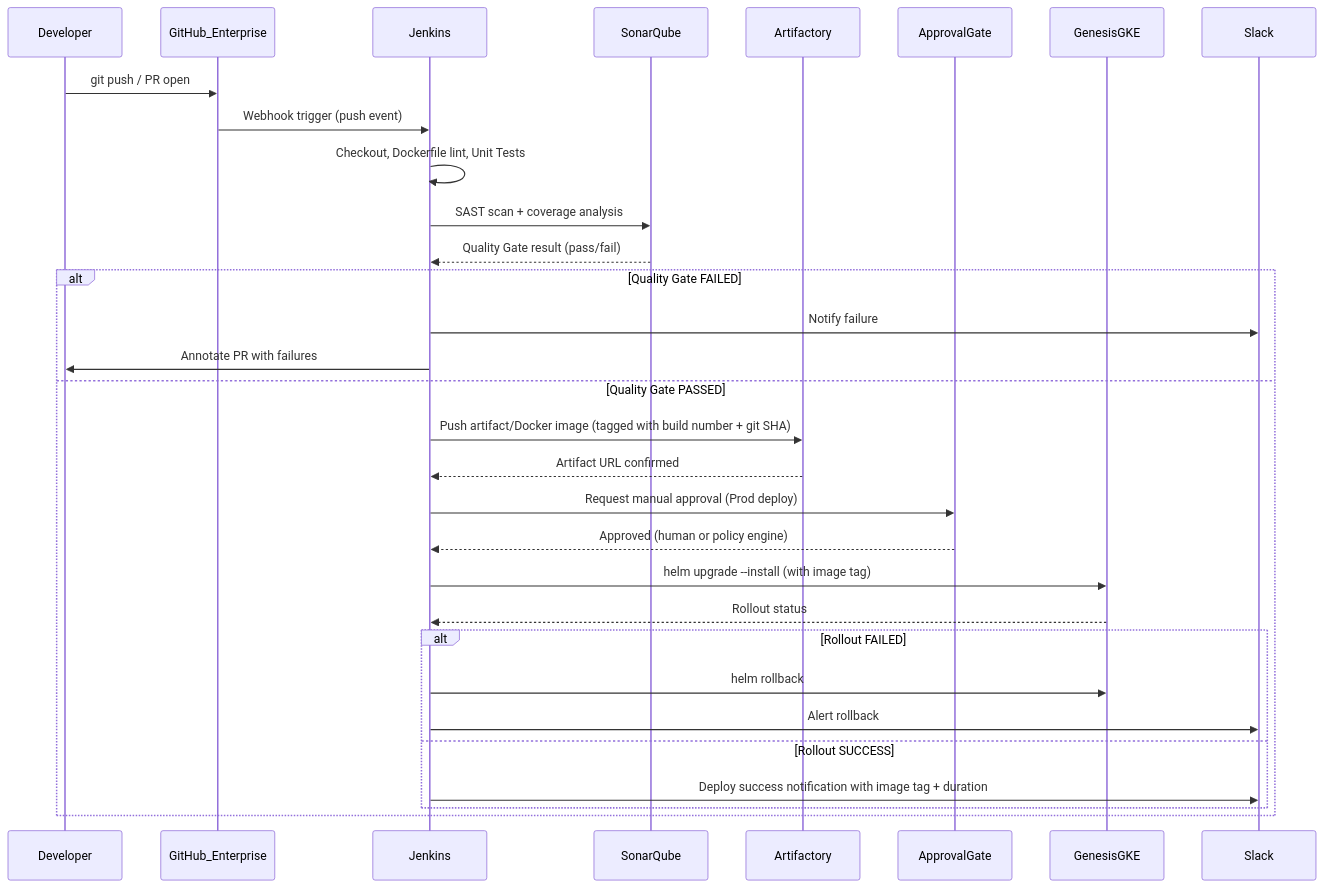
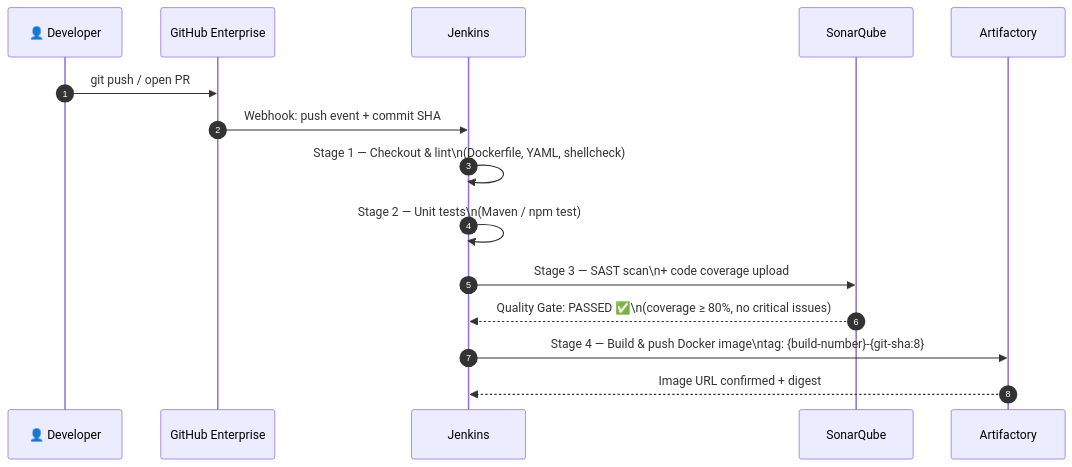
Before and after one commit to AravindKumarjoshi/devops-platform: the eighth of 16 diagrams in mkdocs-devops-platform/docs/architecture-diagrams.md, drawn with Mermaid. The commit also changed other lines of this file and 6 other files, not shown here.

First line of the commit message:
docs: enlarge diagrams + add explanations for all manifests and scripts

````diff
--- a/mkdocs-devops-platform/docs/architecture-diagrams.md
+++ b/mkdocs-devops-platform/docs/architecture-diagrams.md
@@ -146,36 +264,18 @@
-```mermaid
-sequenceDiagram
-    participant Developer
-    participant GitHub_Enterprise
-    participant Jenkins
-    participant SonarQube
-    participant Artifactory
-    participant ApprovalGate
-    participant GenesisGKE
-    participant Slack
+    ```mermaid
+    sequenceDiagram
+        autonumber
+        participant Dev as 👤 Developer
+        participant GH as GitHub Enterprise
+        participant JK as Jenkins
+        participant SQ as SonarQube
+        participant ART as Artifactory
 
-    Developer->>GitHub_Enterprise: git push / PR open
-    GitHub_Enterprise->>Jenkins: Webhook trigger (push event)
-    Jenkins->>Jenkins: Checkout, Dockerfile lint, Unit Tests
-    Jenkins->>SonarQube: SAST scan + coverage analysis
-    SonarQube-->>Jenkins: Quality Gate result (pass/fail)
-    
-    alt Quality Gate FAILED
-        Jenkins->>Slack: Notify failure
-        Jenkins->>Developer: Annotate PR with failures
-    else Quality Gate PASSED
-        Jenkins->>Artifactory: Push artifact/Docker image (tagged with build number + git SHA)
-        Artifactory-->>Jenkins: Artifact URL confirmed
-        Jenkins->>ApprovalGate: Request manual approval (Prod deploy)
-        ApprovalGate-->>Jenkins: Approved (human or policy engine)
-        Jenkins->>GenesisGKE: helm upgrade --install (with image tag)
-        GenesisGKE-->>Jenkins: Rollout status
-        
-        alt Rollout FAILED
-            Jenkins->>GenesisGKE: helm rollback
-            Jenkins->>Slack: Alert rollback
-        else Rollout SUCCESS
-            Jenkins->>Slack: Deploy success notification with image tag + duration
-        end
-    end
-```
+        Dev->>GH: git push / open PR
+        GH->>JK: Webhook: push event + commit SHA
+        JK->>JK: Stage 1 — Checkout & lint\n(Dockerfile, YAML, shellcheck)
+        JK->>JK: Stage 2 — Unit tests\n(Maven / npm test)
+        JK->>SQ: Stage 3 — SAST scan\n+ code coverage upload
+        SQ-->>JK: Quality Gate: PASSED ✅\n(coverage ≥ 80%, no critical issues)
+        JK->>ART: Stage 4 — Build & push Docker image\ntag: {build-number}-{git-sha:8}
+        ART-->>JK: Image URL confirmed + digest
+    ```
````
